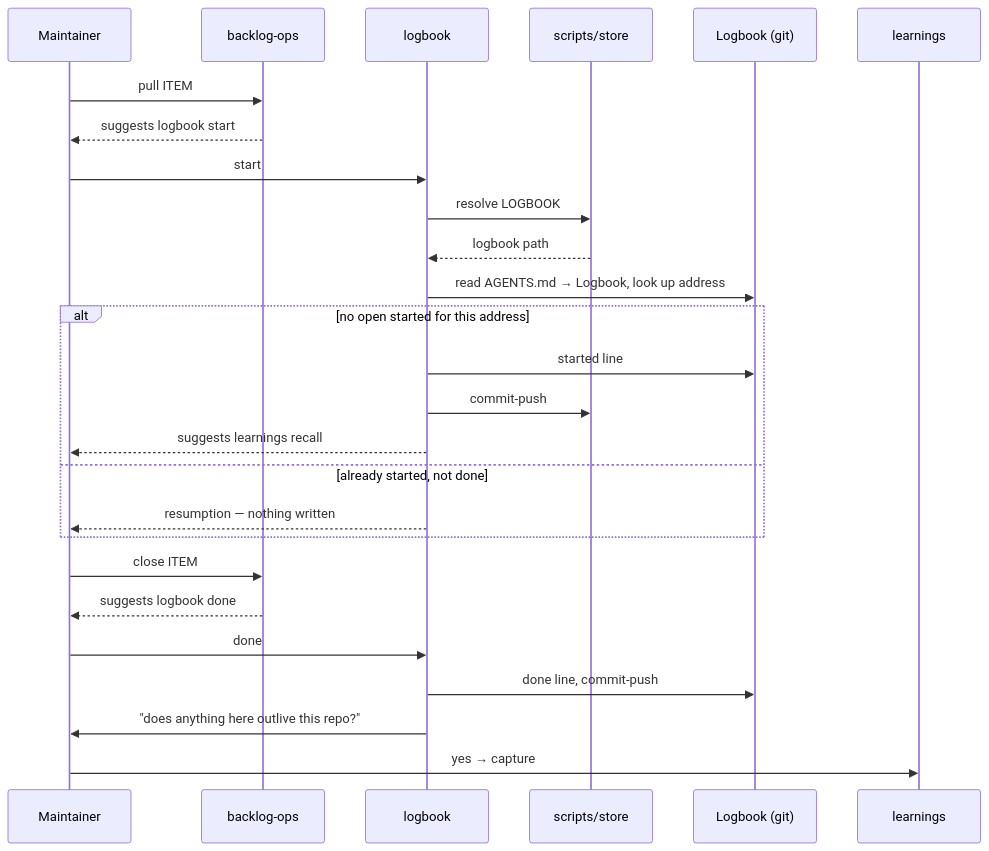
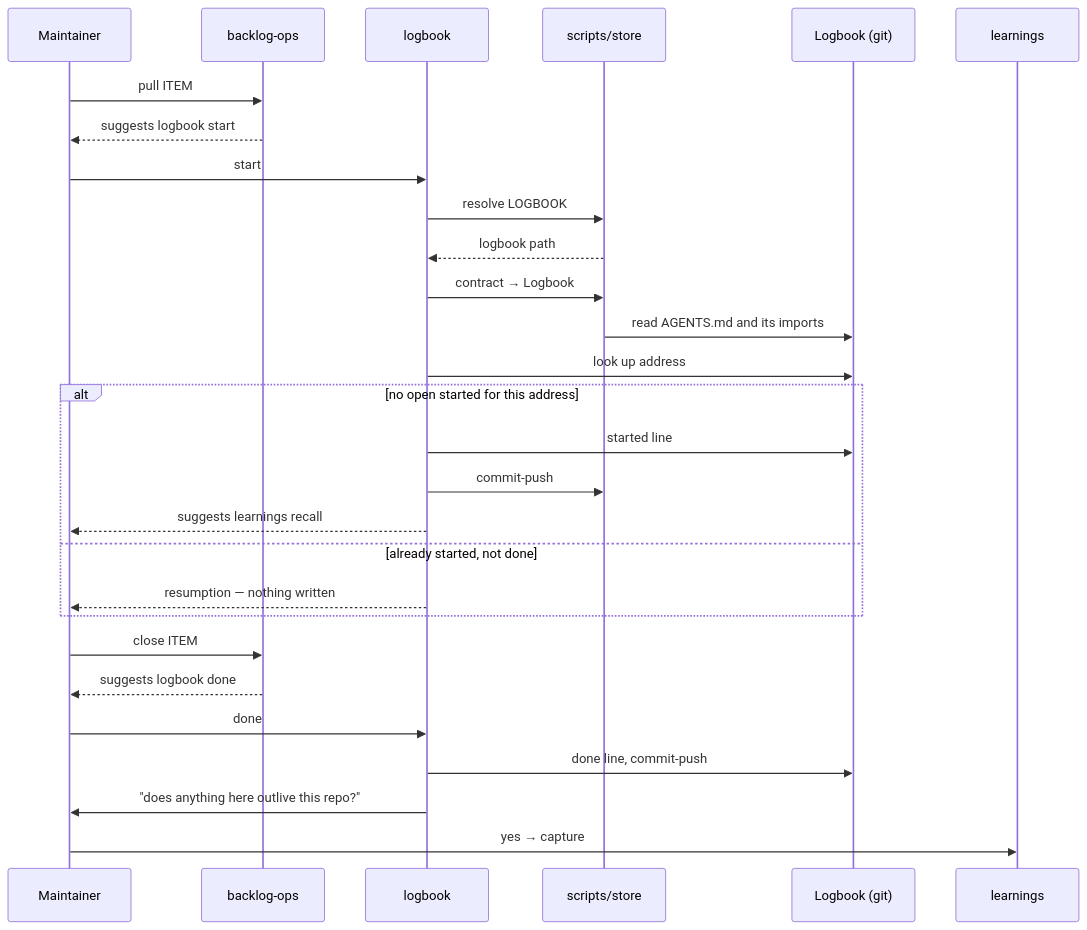
Before and after one commit to xxthunder/xxthunder-agentic-skills: the seventh of 8 diagrams in docs/architecture.md, drawn with Mermaid. The commit also changed other lines of this file and 8 other files, not shown here.

First line of the commit message:
feat(store): read a contract through AGENTS.md imports (XAS-045)

````diff
--- a/docs/architecture.md
+++ b/docs/architecture.md
@@ -244,28 +247,30 @@
 ```mermaid
 sequenceDiagram
     participant U as Maintainer
     participant B as backlog-ops
     participant G as logbook
     participant S as scripts/store
     participant K as Logbook (git)
     participant L as learnings
     U->>B: pull ITEM
     B-->>U: suggests logbook start
     U->>G: start
     G->>S: resolve LOGBOOK
     S-->>G: logbook path
-    G->>K: read AGENTS.md → Logbook, look up address
+    G->>S: contract → Logbook
+    S->>K: read AGENTS.md and its imports
+    G->>K: look up address
     alt no open started for this address
         G->>K: started line
         G->>S: commit-push
         G-->>U: suggests learnings recall
     else already started, not done
         G-->>U: resumption — nothing written
     end
     U->>B: close ITEM
     B-->>U: suggests logbook done
     U->>G: done
     G->>K: done line, commit-push
     G->>U: "does anything here outlive this repo?"
     U->>L: yes → capture
 ```
````
